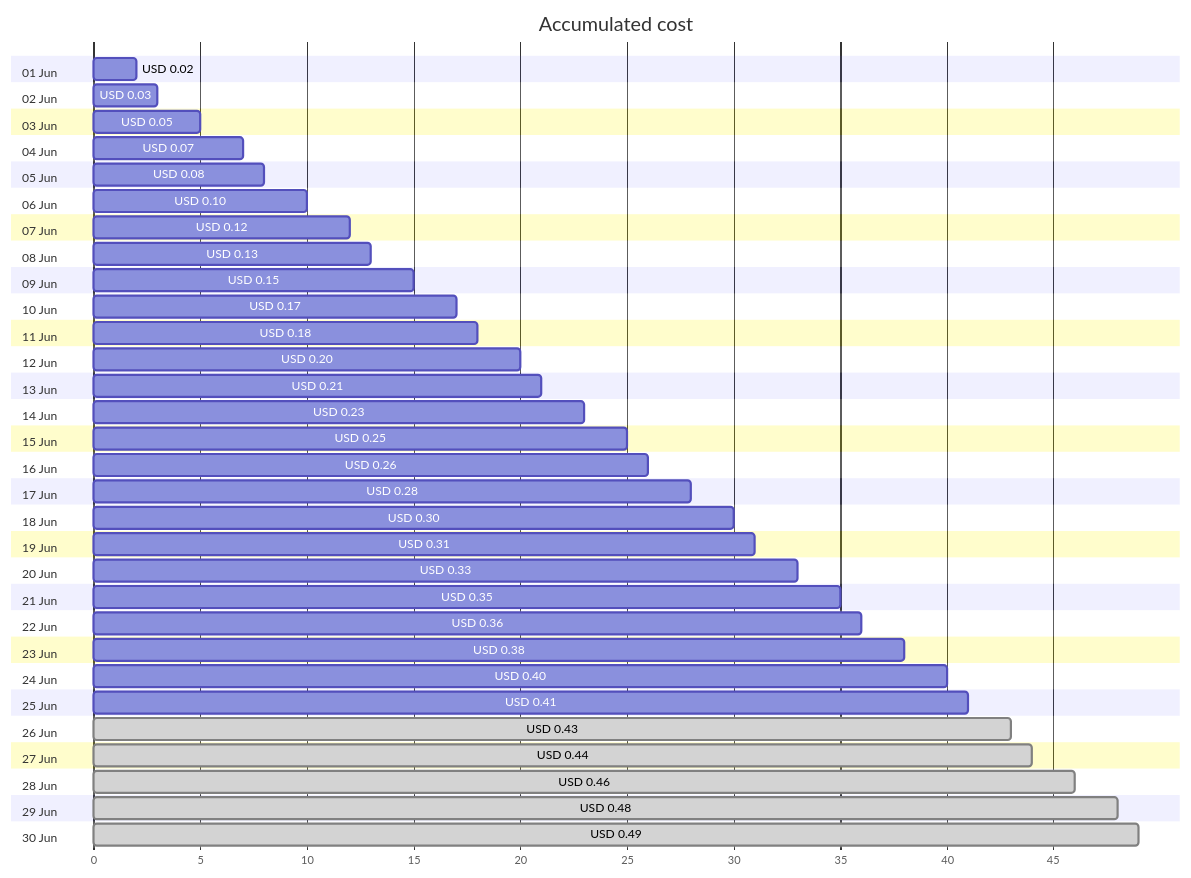
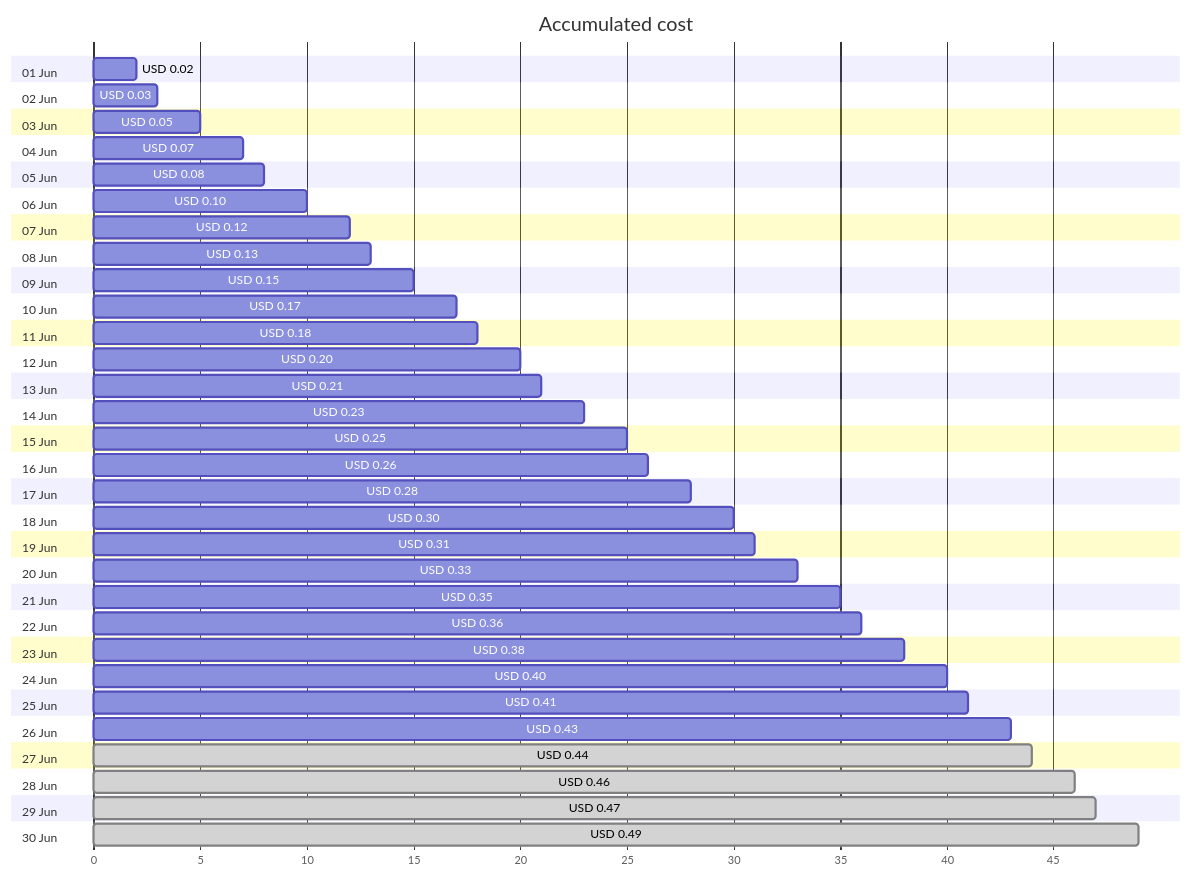
Before and after one commit to jpfulton/azure-personal-reports: the first of 4 diagrams in cost-reports/personal-dns/jpatrickfulton.dev.md, drawn with Mermaid. The commit also changed other lines of this file and 2 other files, not shown here.

````diff
--- a/cost-reports/personal-dns/jpatrickfulton.dev.md
+++ b/cost-reports/personal-dns/jpatrickfulton.dev.md
@@ -20,66 +20,66 @@
 ```mermaid
 gantt
    title Accumulated cost
    dateFormat  X
    axisFormat %s
    section 01 Jun
    USD 0.02 :0, 2
    section 02 Jun
    USD 0.03 :0, 3
    section 03 Jun
    USD 0.05 :0, 5
    section 04 Jun
    USD 0.07 :0, 7
    section 05 Jun
    USD 0.08 :0, 8
    section 06 Jun
    USD 0.10 :0, 10
    section 07 Jun
    USD 0.12 :0, 12
    section 08 Jun
    USD 0.13 :0, 13
    section 09 Jun
    USD 0.15 :0, 15
    section 10 Jun
    USD 0.17 :0, 17
    section 11 Jun
    USD 0.18 :0, 18
    section 12 Jun
    USD 0.20 :0, 20
    section 13 Jun
    USD 0.21 :0, 21
    section 14 Jun
    USD 0.23 :0, 23
    section 15 Jun
    USD 0.25 :0, 25
    section 16 Jun
    USD 0.26 :0, 26
    section 17 Jun
    USD 0.28 :0, 28
    section 18 Jun
    USD 0.30 :0, 30
    section 19 Jun
    USD 0.31 :0, 31
    section 20 Jun
    USD 0.33 :0, 33
    section 21 Jun
    USD 0.35 :0, 35
    section 22 Jun
    USD 0.36 :0, 36
    section 23 Jun
    USD 0.38 :0, 38
    section 24 Jun
    USD 0.40 :0, 40
    section 25 Jun
    USD 0.41 :0, 41
    section 26 Jun
-   USD 0.43 : done, 0, 43
+   USD 0.43 :0, 43
    section 27 Jun
    USD 0.44 : done, 0, 44
    section 28 Jun
    USD 0.46 : done, 0, 46
    section 29 Jun
-   USD 0.48 : done, 0, 48
+   USD 0.47 : done, 0, 47
    section 30 Jun
    USD 0.49 : done, 0, 49
 ```
````
